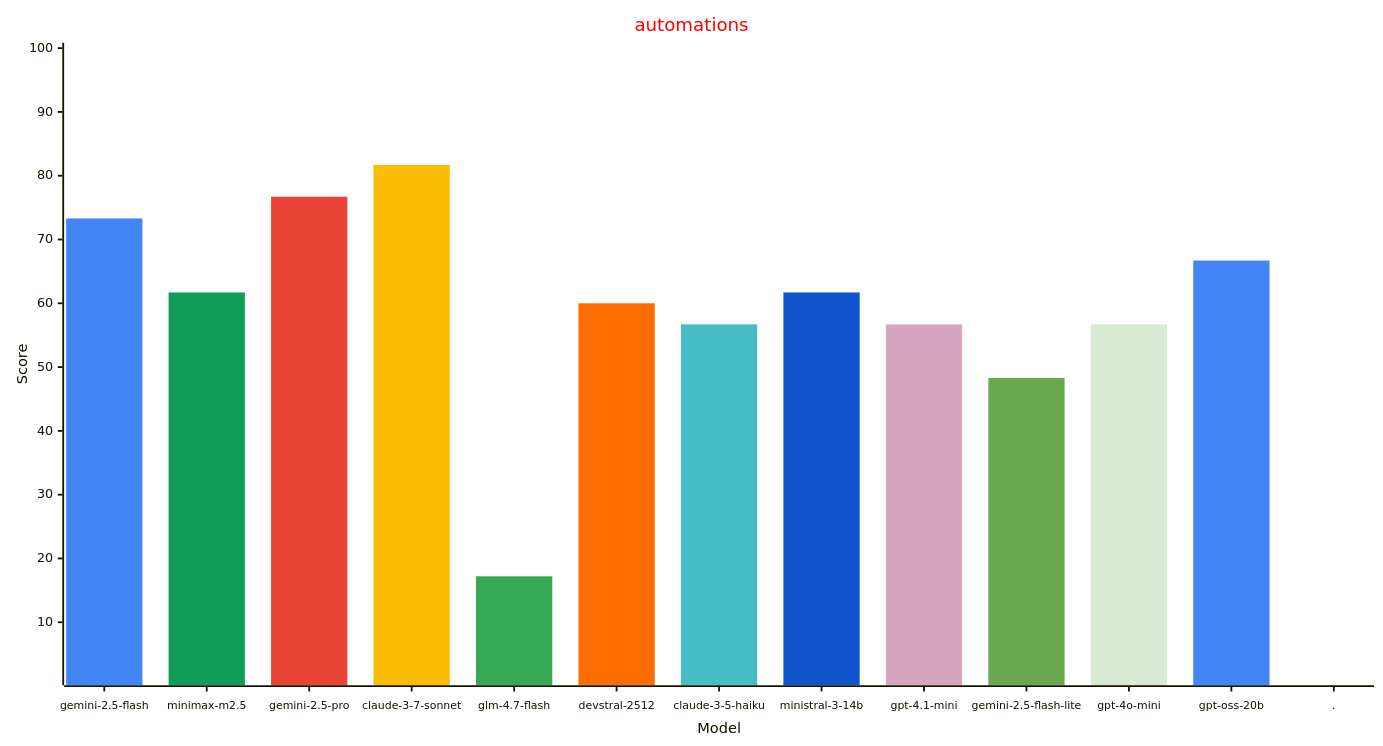
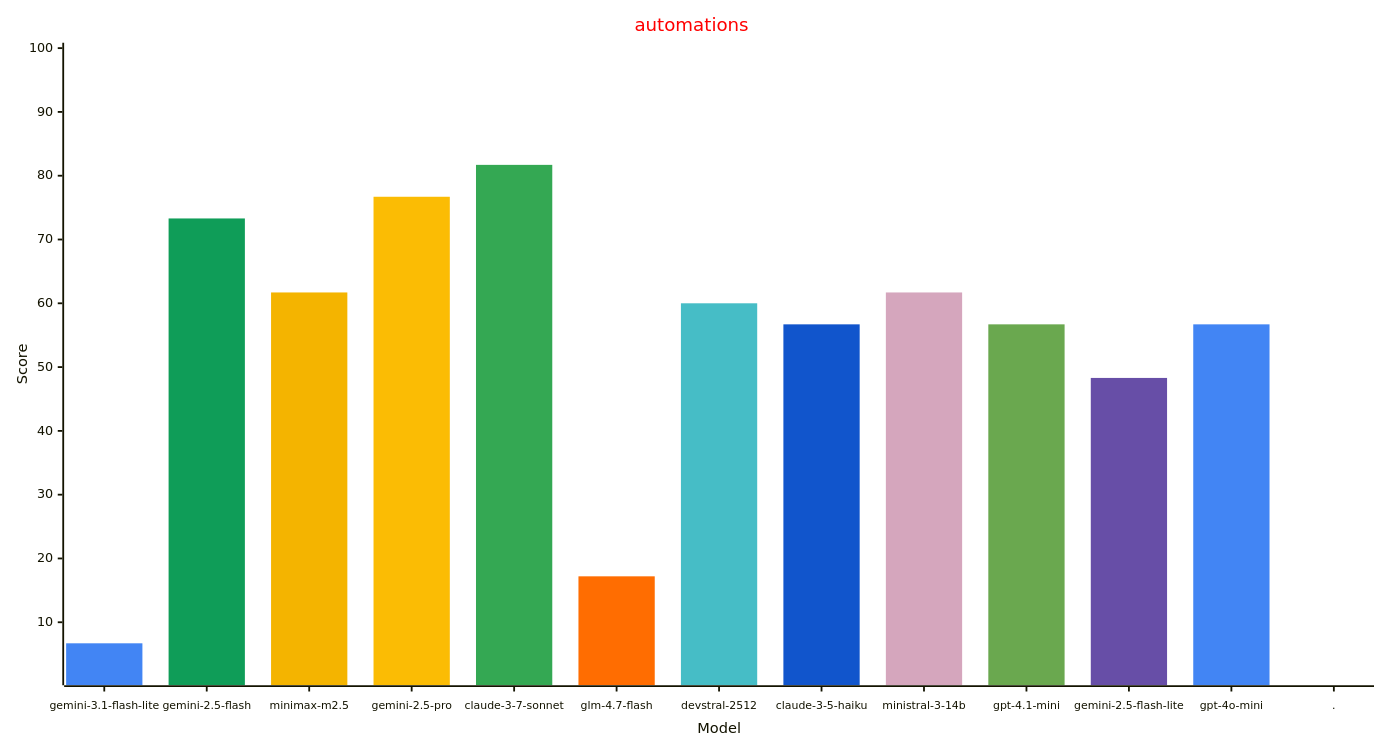
One commit to allenporter/home-assistant-datasets changed the fourth of 4 diagrams in reports/README.md. Above: the diagram before and after it, drawn with Mermaid. The commit also changed other lines of this file and 1088 other files, not shown here.

Commit message:
Add Gemini 3.1 Flash Lite evaluation results

````diff
--- a/reports/README.md
+++ b/reports/README.md
@@ -218,33 +219,33 @@
 ```mermaid
 ---
 config:
     xyChart:
         width: 1500
         height: 800
         xAxis:
           labelFontSize: 12
           labelPadding: 8
     themeVariables:
         xyChart:
             titleColor: "#ff0000"
-            plotColorPalette: "#4285f4, #0f9d58, #ea4335, #fbbc04, #34a853, #ff6d01, #46bdc6, #1155cc, #d5a6bd, #6aa84f, #d9ead3, #4285f4, #4285f4"
+            plotColorPalette: "#4285f4, #0f9d58, #f4b400, #fbbc04, #34a853, #ff6d01, #46bdc6, #1155cc, #d5a6bd, #6aa84f, #674ea7, #4285f4, #4285f4"
 
 ---
 xychart-beta
   title "automations"
-  x-axis "Model" [gemini-2.5-flash, minimax-m2.5, gemini-2.5-pro, claude-3-7-sonnet, glm-4.7-flash, devstral-2512, claude-3-5-haiku, ministral-3-14b, gpt-4.1-mini, gemini-2.5-flash-lite, gpt-4o-mini, gpt-oss-20b, .]
+  x-axis "Model" [gemini-3.1-flash-lite, gemini-2.5-flash, minimax-m2.5, gemini-2.5-pro, claude-3-7-sonnet, glm-4.7-flash, devstral-2512, claude-3-5-haiku, ministral-3-14b, gpt-4.1-mini, gemini-2.5-flash-lite, gpt-4o-mini, .]
   y-axis "Score" 1 --> 100
-  bar [73.3, 0.0, 0.0, 0.0, 0.0, 0.0, 0.0, 0.0, 0.0, 0.0, 0.0, 0.0, 0.0]
-  bar [0.0, 61.7, 0.0, 0.0, 0.0, 0.0, 0.0, 0.0, 0.0, 0.0, 0.0, 0.0, 0.0]
-  bar [0.0, 0.0, 76.7, 0.0, 0.0, 0.0, 0.0, 0.0, 0.0, 0.0, 0.0, 0.0, 0.0]
-  bar [0.0, 0.0, 0.0, 81.7, 0.0, 0.0, 0.0, 0.0, 0.0, 0.0, 0.0, 0.0, 0.0]
-  bar [0.0, 0.0, 0.0, 0.0, 17.2, 0.0, 0.0, 0.0, 0.0, 0.0, 0.0, 0.0, 0.0]
-  bar [0.0, 0.0, 0.0, 0.0, 0.0, 60.0, 0.0, 0.0, 0.0, 0.0, 0.0, 0.0, 0.0]
-  bar [0.0, 0.0, 0.0, 0.0, 0.0, 0.0, 56.7, 0.0, 0.0, 0.0, 0.0, 0.0, 0.0]
-  bar [0.0, 0.0, 0.0, 0.0, 0.0, 0.0, 0.0, 61.7, 0.0, 0.0, 0.0, 0.0, 0.0]
-  bar [0.0, 0.0, 0.0, 0.0, 0.0, 0.0, 0.0, 0.0, 56.7, 0.0, 0.0, 0.0, 0.0]
-  bar [0.0, 0.0, 0.0, 0.0, 0.0, 0.0, 0.0, 0.0, 0.0, 48.3, 0.0, 0.0, 0.0]
-  bar [0.0, 0.0, 0.0, 0.0, 0.0, 0.0, 0.0, 0.0, 0.0, 0.0, 56.7, 0.0, 0.0]
-  bar [0.0, 0.0, 0.0, 0.0, 0.0, 0.0, 0.0, 0.0, 0.0, 0.0, 0.0, 66.7, 0.0]
+  bar [6.7, 0.0, 0.0, 0.0, 0.0, 0.0, 0.0, 0.0, 0.0, 0.0, 0.0, 0.0, 0.0]
+  bar [0.0, 73.3, 0.0, 0.0, 0.0, 0.0, 0.0, 0.0, 0.0, 0.0, 0.0, 0.0, 0.0]
+  bar [0.0, 0.0, 61.7, 0.0, 0.0, 0.0, 0.0, 0.0, 0.0, 0.0, 0.0, 0.0, 0.0]
+  bar [0.0, 0.0, 0.0, 76.7, 0.0, 0.0, 0.0, 0.0, 0.0, 0.0, 0.0, 0.0, 0.0]
+  bar [0.0, 0.0, 0.0, 0.0, 81.7, 0.0, 0.0, 0.0, 0.0, 0.0, 0.0, 0.0, 0.0]
+  bar [0.0, 0.0, 0.0, 0.0, 0.0, 17.2, 0.0, 0.0, 0.0, 0.0, 0.0, 0.0, 0.0]
+  bar [0.0, 0.0, 0.0, 0.0, 0.0, 0.0, 60.0, 0.0, 0.0, 0.0, 0.0, 0.0, 0.0]
+  bar [0.0, 0.0, 0.0, 0.0, 0.0, 0.0, 0.0, 56.7, 0.0, 0.0, 0.0, 0.0, 0.0]
+  bar [0.0, 0.0, 0.0, 0.0, 0.0, 0.0, 0.0, 0.0, 61.7, 0.0, 0.0, 0.0, 0.0]
+  bar [0.0, 0.0, 0.0, 0.0, 0.0, 0.0, 0.0, 0.0, 0.0, 56.7, 0.0, 0.0, 0.0]
+  bar [0.0, 0.0, 0.0, 0.0, 0.0, 0.0, 0.0, 0.0, 0.0, 0.0, 48.3, 0.0, 0.0]
+  bar [0.0, 0.0, 0.0, 0.0, 0.0, 0.0, 0.0, 0.0, 0.0, 0.0, 0.0, 56.7, 0.0]
   bar [0.0, 0.0, 0.0, 0.0, 0.0, 0.0, 0.0, 0.0, 0.0, 0.0, 0.0, 0.0, -1.0]
 ```
````
